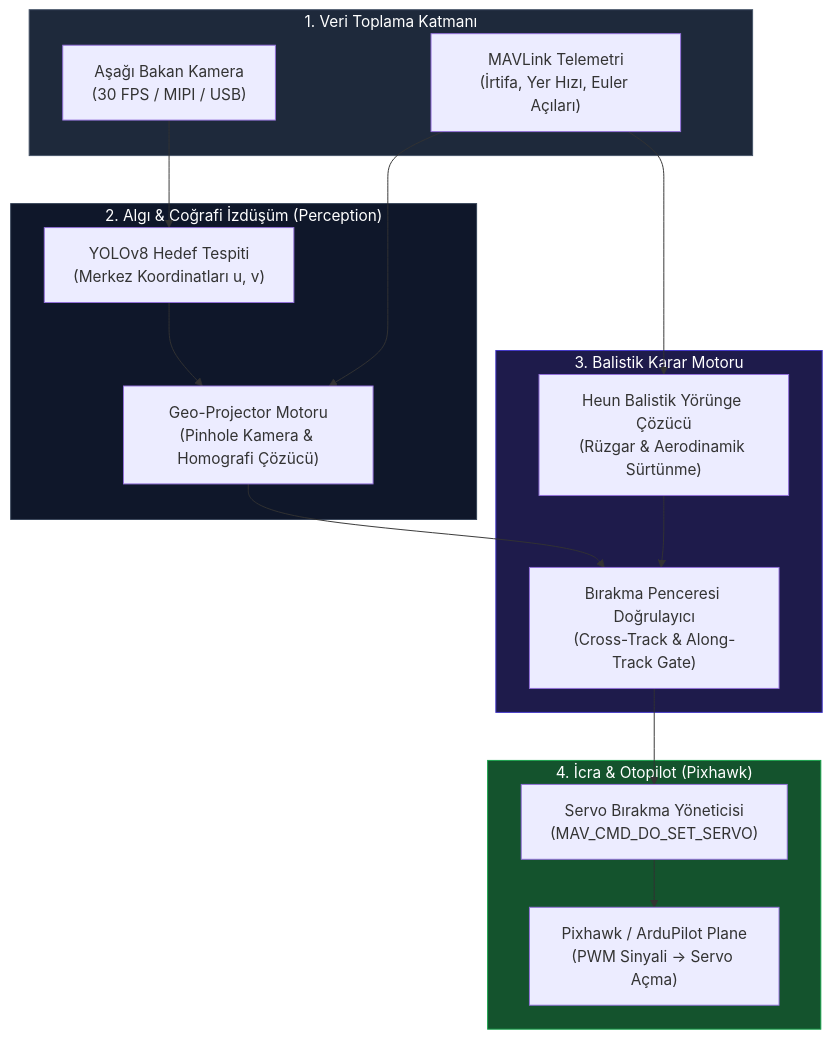
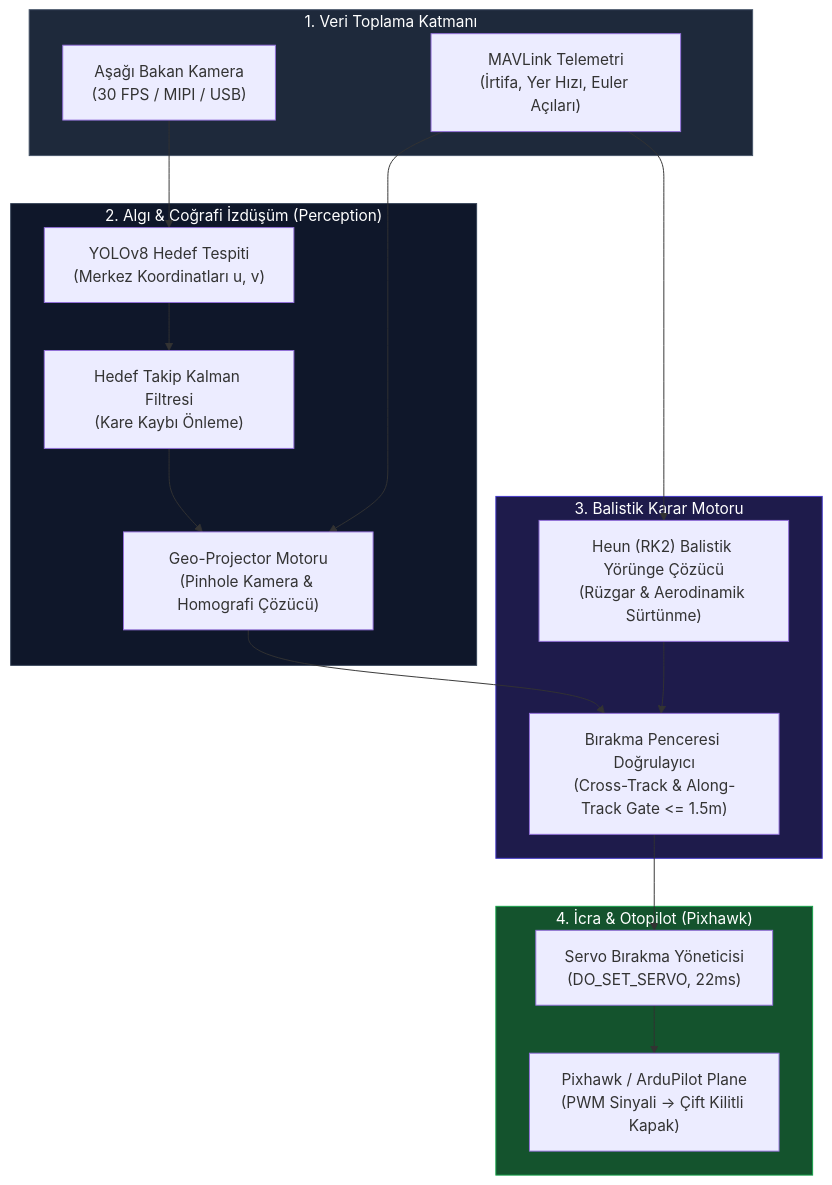
The diagram in README.md (emrealtindag/fixedwing-ballistic-drop), drawn with Mermaid before and after one commit. The commit also changed other lines of this file and 2 other files, not shown here.

````diff
--- a/README.md
+++ b/README.md
@@ -64,35 +105,37 @@
 ```mermaid
 flowchart TB
     subgraph SENSORS["1. Veri Toplama Katmanı"]
         CAM["Aşağı Bakan Kamera\n(30 FPS / MIPI / USB)"]
         TELEM["MAVLink Telemetri\n(İrtifa, Yer Hızı, Euler Açıları)"]
     end
 
     subgraph PERCEPTION["2. Algı & Coğrafi İzdüşüm (Perception)"]
         YOLO["YOLOv8 Hedef Tespiti\n(Merkez Koordinatları u, v)"]
+        KF["Hedef Takip Kalman Filtresi\n(Kare Kaybı Önleme)"]
         GEO["Geo-Projector Motoru\n(Pinhole Kamera & Homografi Çözücü)"]
         CAM --> YOLO
-        YOLO --> GEO
+        YOLO --> KF
+        KF --> GEO
         TELEM --> GEO
     end
 
     subgraph BALLISTICS["3. Balistik Karar Motoru"]
-        HEUN["Heun Balistik Yörünge Çözücü\n(Rüzgar & Aerodinamik Sürtünme)"]
-        GATE["Bırakma Penceresi Doğrulayıcı\n(Cross-Track & Along-Track Gate)"]
+        HEUN["Heun (RK2) Balistik Yörünge Çözücü\n(Rüzgar & Aerodinamik Sürtünme)"]
+        GATE["Bırakma Penceresi Doğrulayıcı\n(Cross-Track & Along-Track Gate <= 1.5m)"]
         TELEM --> HEUN
         GEO --> GATE
         HEUN --> GATE
     end
 
     subgraph ACTUATION["4. İcra & Otopilot (Pixhawk)"]
-        CTRL["Servo Bırakma Yöneticisi\n(MAV_CMD_DO_SET_SERVO)"]
-        PIXHAWK["Pixhawk / ArduPilot Plane\n(PWM Sinyali -> Servo Açma)"]
+        CTRL["Servo Bırakma Yöneticisi\n(DO_SET_SERVO, 22ms)"]
+        PIXHAWK["Pixhawk / ArduPilot Plane\n(PWM Sinyali -> Çift Kilitli Kapak)"]
         GATE --> CTRL
         CTRL --> PIXHAWK
     end
 
     style SENSORS fill:#1e293b,stroke:#475569,color:#fff
     style PERCEPTION fill:#0f172a,stroke:#334155,color:#fff
     style BALLISTICS fill:#1e1b4b,stroke:#4338ca,color:#fff
     style ACTUATION fill:#14532d,stroke:#16a34a,color:#fff
 ```
````
